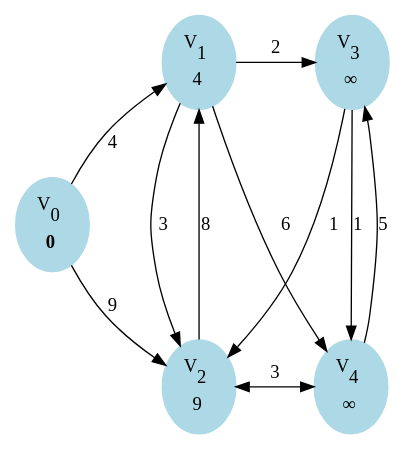
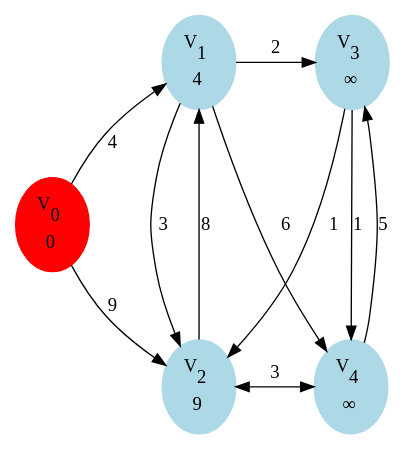
One commit to dwysocki/ai-programming1 changed the diagram in exercises/graphviz/a2e7_b.dot. Above: the diagram before and after it, drawn with Graphviz. The commit also changed 19 other files, not shown here.

Commit message:
Improved notation in Dijkstra graphs

```diff
--- a/exercises/graphviz/a2e7_b.dot
+++ b/exercises/graphviz/a2e7_b.dot
@@ -1,58 +1,59 @@
 /* Chapter 2 Exercise 7 Graph (b) */
 digraph dijkstra {
   size = "10,10";
   rankdir = TB;
   node [color=lightblue, style=filled];
 
   "V0" [
-    label = <V<SUB>0</SUB> <BR/><BR/><B>0</B>>
+    label = <V<SUB>0</SUB> <BR/><BR/>0>
+    color = red
   ];
   "V1" [
     label = <V<SUB>1</SUB> <BR/><BR/>4>
   ];
   "V2" [
     label = <V<SUB>2</SUB> <BR/><BR/>9>
   ];
   "V3" [
     label = <V<SUB>3</SUB> <BR/><BR/>&infin;>
   ];
   "V4" [
     label = <V<SUB>4</SUB> <BR/><BR/>&infin;>
   ];
 
   {rank=min; "V1" "V3"}
   {rank=same; "V0"}
   {rank=max; "V2" "V4"}
 
   "V0" -> "V1" [
     label = 4
   ];
   "V0" -> "V2" [
     label = 9
   ];
   "V1" -> "V2" [
     label = 3
   ];
   "V2" -> "V1" [
     label = 8
   ];
   "V1" -> "V3" [
     label = 2
   ];
   "V1" -> "V4" [
     label = 6
   ];
   "V2" -> "V4" [
     label = 3
     dir = both
   ];
   "V3" -> "V2" [
     label = 1
   ];
   "V3" -> "V4" [
     label = 1
   ];
   "V4" -> "V3" [
     label = 5
   ];
 }
```
